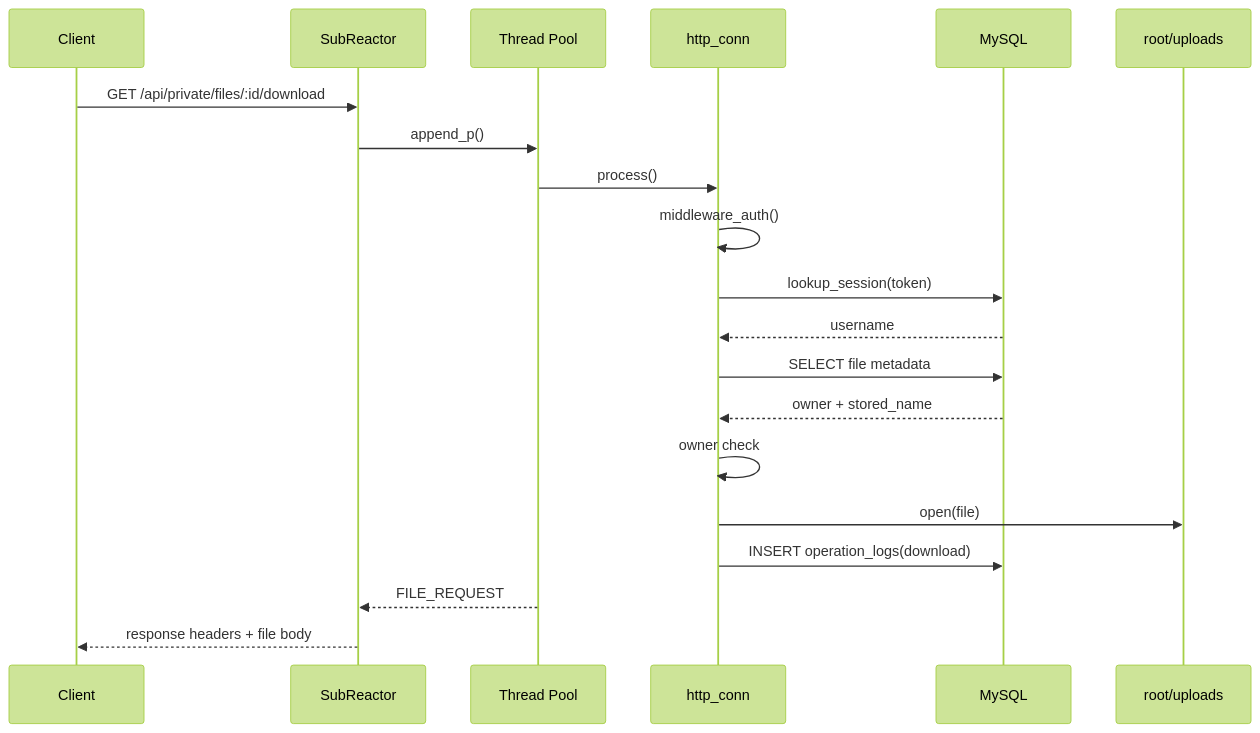
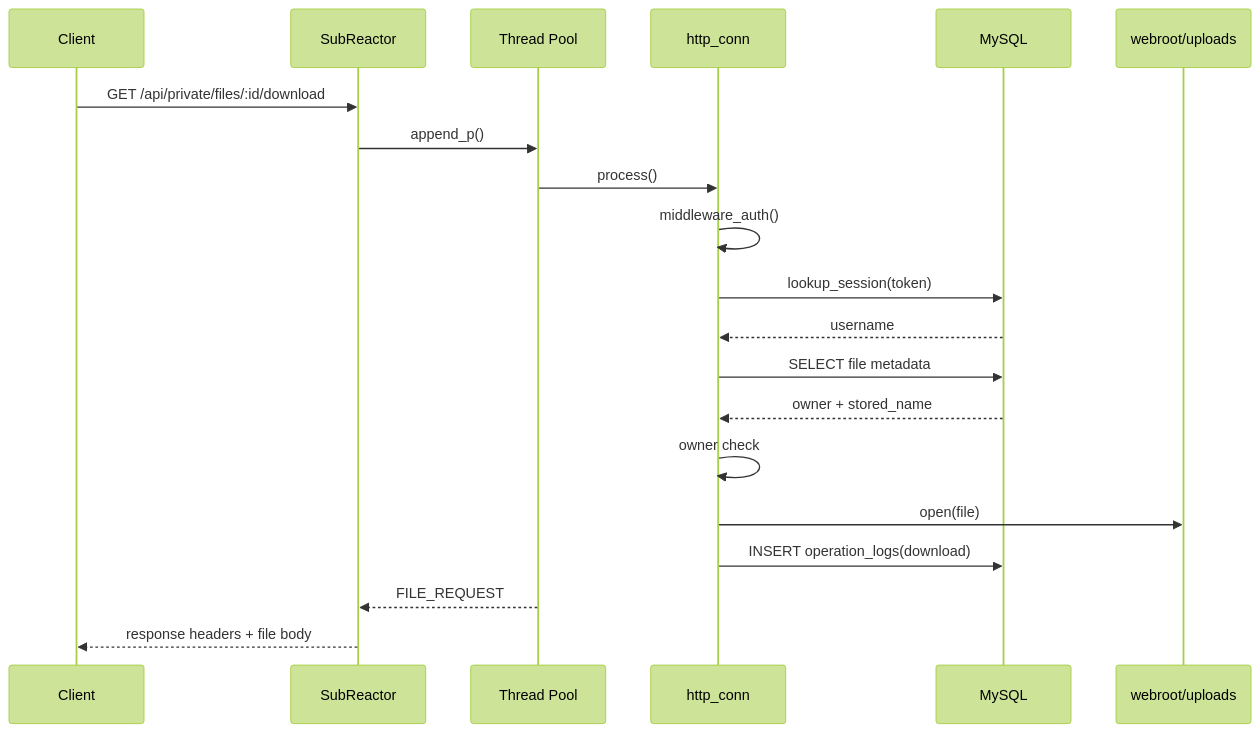
The fourth of 5 diagrams in docs/request-sequence.md (wjg12345678/High-performance-gateway), drawn with Mermaid (forest theme) before and after one commit. The commit also changed other lines of this file and 131 other files, not shown here.

````diff
--- a/docs/request-sequence.md
+++ b/docs/request-sequence.md
@@ -87,23 +87,23 @@
 ```mermaid
 sequenceDiagram
     participant C as Client
     participant SR as SubReactor
     participant TP as Thread Pool
     participant HC as http_conn
     participant DB as MySQL
-    participant FS as root/uploads
+    participant FS as webroot/uploads
 
     C->>SR: GET /api/private/files/:id/download
     SR->>TP: append_p()
     TP->>HC: process()
     HC->>HC: middleware_auth()
     HC->>DB: lookup_session(token)
     DB-->>HC: username
     HC->>DB: SELECT file metadata
     DB-->>HC: owner + stored_name
     HC->>HC: owner check
     HC->>FS: open(file)
     HC->>DB: INSERT operation_logs(download)
     TP-->>SR: FILE_REQUEST
     SR-->>C: response headers + file body
 ```
````
